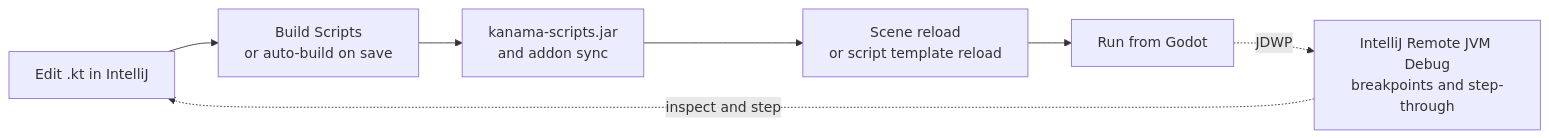
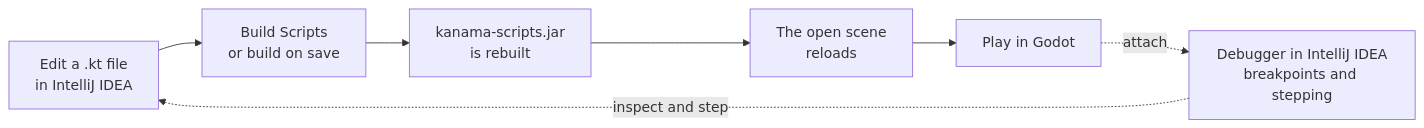
One commit to falcon4ever/kanama changed the diagram in docs/getting-started/editor-workflow.md. Above: the diagram before and after it, drawn with Mermaid. The commit also changed other lines of this file and 10 other files, not shown here.

First line of the commit message:
Docs: install pages and Edit, Build, Run in the new voice (#376)

````diff
--- a/docs/getting-started/editor-workflow.md
+++ b/docs/getting-started/editor-workflow.md
@@ -24,13 +5,13 @@
 ```mermaid
 flowchart LR
-    EDIT["Edit .kt in IntelliJ"]
-    BUILD["Build Scripts<br/>or auto-build on save"]
-    SYNC["kanama-scripts.jar<br/>and addon sync"]
-    RELOAD["Scene reload<br/>or script template reload"]
-    PLAY["Run from Godot"]
-    DEBUG["IntelliJ Remote JVM Debug<br/>breakpoints and step-through"]
+    EDIT["Edit a .kt file<br/>in IntelliJ IDEA"]
+    BUILD["Build Scripts<br/>or build on save"]
+    JAR["kanama-scripts.jar<br/>is rebuilt"]
+    RELOAD["The open scene<br/>reloads"]
+    PLAY["Play in Godot"]
+    DEBUG["Debugger in IntelliJ IDEA<br/>breakpoints and stepping"]
 
-    EDIT --> BUILD --> SYNC --> RELOAD --> PLAY
-    PLAY -. JDWP .-> DEBUG
+    EDIT --> BUILD --> JAR --> RELOAD --> PLAY
+    PLAY -. attach .-> DEBUG
     DEBUG -. inspect and step .-> EDIT
 ```
````
